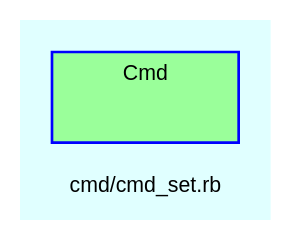
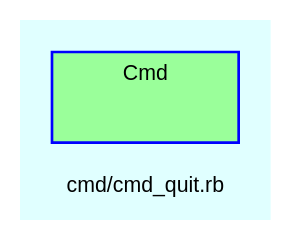
Before and after one commit to Tyche/teensymud: the diagram in doc/dot/f_45.dot, drawn with Graphviz. The commit also changed 154 other files, not shown here.

```diff
--- a/doc/dot/f_45.dot
+++ b/doc/dot/f_45.dot
@@ -1,29 +1,29 @@
 digraph TopLevel {
     compound = true
     bgcolor = lightcyan1
     fontname = Arial
     fontsize = 8
-    label = "cmd/cmd_set.rb"
+    label = "cmd/cmd_quit.rb"
     node [
         fontname = Arial,
         fontsize = 8,
         color = black
     ]
 
     subgraph cluster_Cmd {
         fillcolor = palegreen1
         URL = "classes/Cmd.html"
         fontname = Arial
         color = blue
         label = "Cmd"
         style = filled
         Cmd [
             shape = plaintext,
             height = 0.01,
             width = 0.75,
             label = ""
         ]
 
     }
 
 }
```
